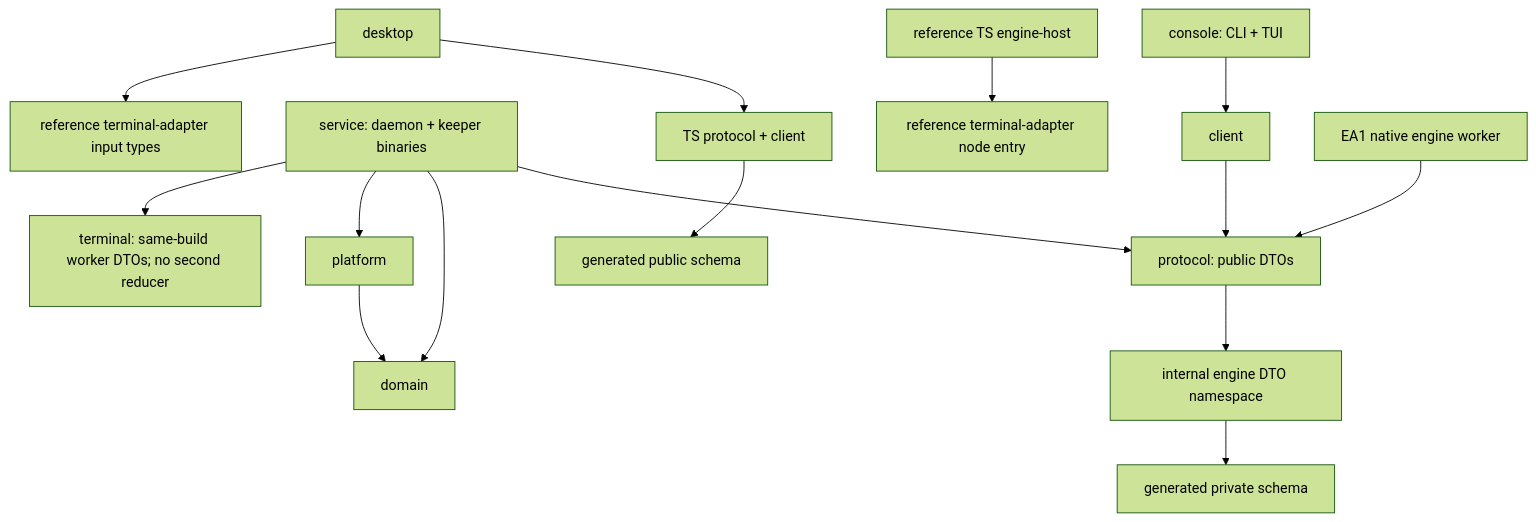
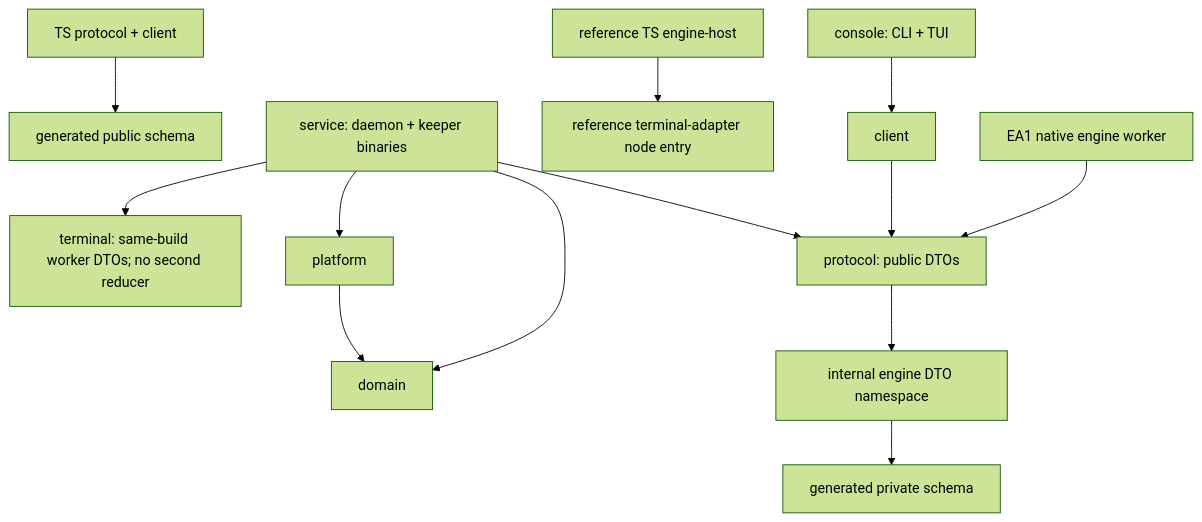
The diagram in docs/engineering/14-repository-and-engineering-practices.md (whoodes/namtab), drawn with Mermaid (forest theme) before and after one commit. The commit also changed other lines of this file and 31 other files, not shown here.

````diff
--- a/docs/engineering/14-repository-and-engineering-practices.md
+++ b/docs/engineering/14-repository-and-engineering-practices.md
@@ -67,17 +66,15 @@
 ```mermaid
 flowchart TD
     Console[console: CLI + TUI] --> Client[client]
     Client --> Wire[protocol: public DTOs]
     Service[service: daemon + keeper binaries] --> Wire
     Service --> Domain[domain]
     Service --> Platform[platform]
     Platform --> Domain
     Service --> Terminal[terminal: same-build worker DTOs; no second reducer]
-    Desktop[desktop] --> TSWire[TS protocol + client]
-    Desktop --> Adapter[reference terminal-adapter input types]
+    TSWire[TS protocol + client] --> Schema[generated public schema]
     Engine[reference TS engine-host] --> AdapterNode[reference terminal-adapter node entry]
     Native[EA1 native engine worker] --> Wire
     Wire --> Private[internal engine DTO namespace]
-    TSWire --> Schema[generated public schema]
     Private --> PrivateSchema[generated private schema]
 ```
````
